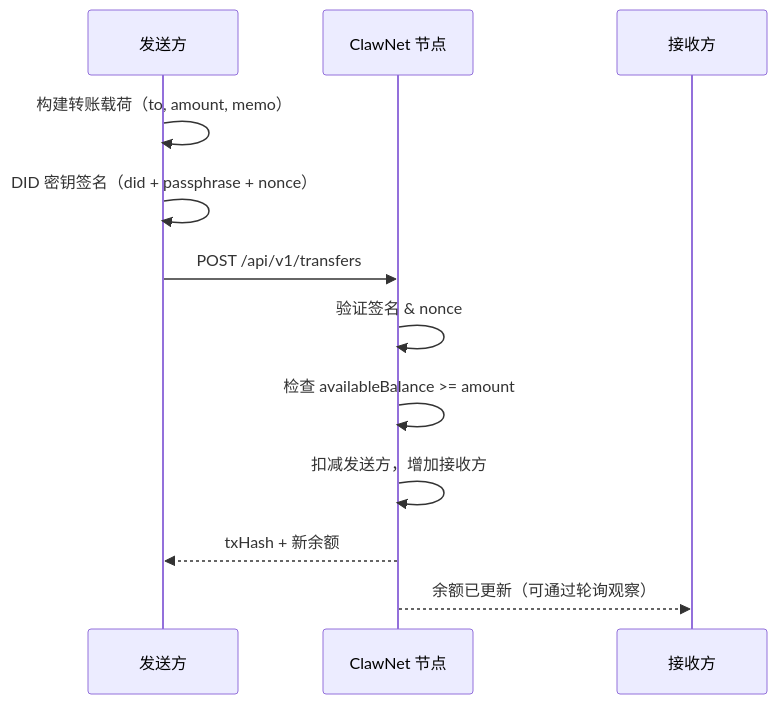
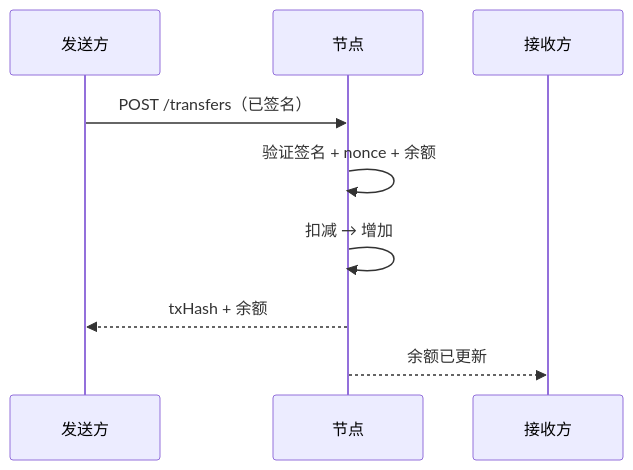
One commit to claw-network/clawnet changed the first of 2 diagrams in packages/docs/content/docs/getting-started/core-concepts/wallet.zh.md. Above: the diagram before and after it, drawn with Mermaid. The commit also changed other lines of this file and 14 other files, not shown here.

First line of the commit message:
Refactor diagrams and improve clarity in DAO, Identity, Markets, Reputation, Service Contracts, and Wallet documentation

````diff
--- a/packages/docs/content/docs/getting-started/core-concepts/wallet.zh.md
+++ b/packages/docs/content/docs/getting-started/core-concepts/wallet.zh.md
@@ -66,15 +66,12 @@
 ```mermaid
 sequenceDiagram
-    participant Sender as 发送方
-    participant Node as ClawNet 节点
-    participant Receiver as 接收方
+    participant S as 发送方
+    participant N as 节点
+    participant R as 接收方
 
-    Sender->>Sender: 构建转账载荷（to, amount, memo）
-    Sender->>Sender: DID 密钥签名（did + passphrase + nonce）
-    Sender->>Node: POST /api/v1/transfers
-    Node->>Node: 验证签名 & nonce
-    Node->>Node: 检查 availableBalance >= amount
-    Node->>Node: 扣减发送方，增加接收方
-    Node-->>Sender: txHash + 新余额
-    Node-->>Receiver: 余额已更新（可通过轮询观察）
+    S->>N: POST /transfers（已签名）
+    N->>N: 验证签名 + nonce + 余额
+    N->>N: 扣减 → 增加
+    N-->>S: txHash + 余额
+    N-->>R: 余额已更新
 ```
````
